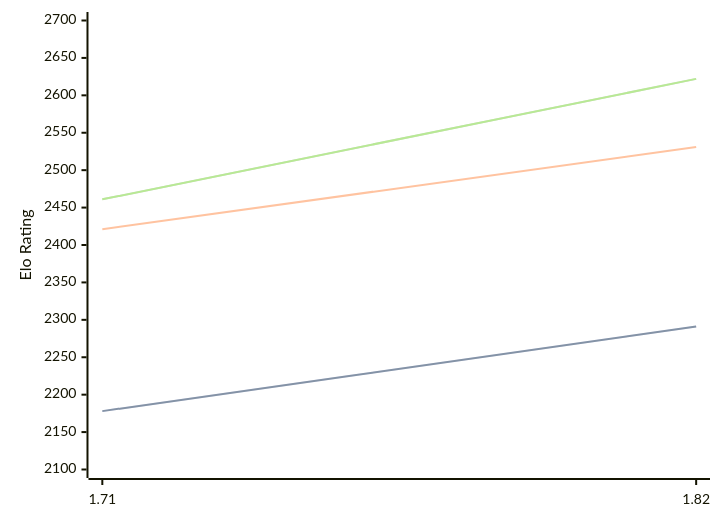
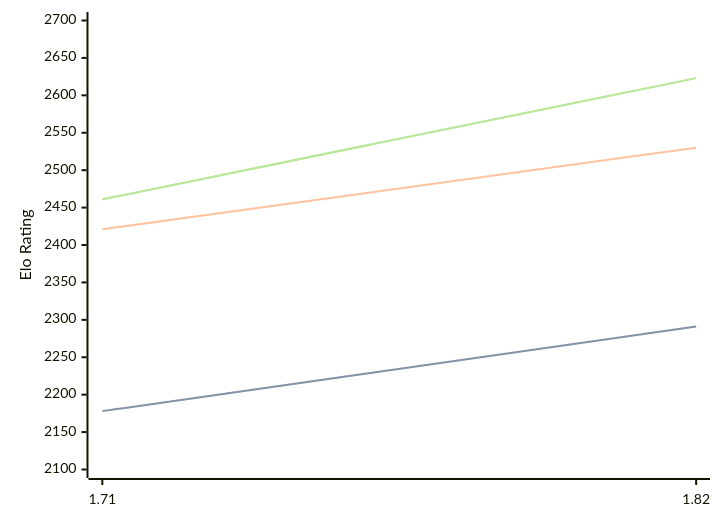
The first of 3 diagrams in engines/Amira.md (computer-chess-index/cci), drawn with Mermaid before and after one commit. The commit also changed other lines of this file, not shown here.

Commit message:
Update CCI Ratings (ELO VLTC) - 2026-07-07

````diff
--- a/engines/Amira.md
+++ b/engines/Amira.md
@@ -35,11 +35,11 @@
 ```mermaid
 %%{init: {"theme":"base","themeVariables":{"seriesColors:['#a3a3a3','#222221','#faa371']}}}%%
 xychart-beta
   x-axis ["1.71", "1.82"]
   y-axis "Elo Rating" 2100 --> 2700
   line "STC (8.0+0.08s)" [2178, 2291]
   line "STC (8.0+0.08s)" [2178, 2291]
-  line "LTC (60.0+0.60s)" [2421, 2531]
-  line "VLTC (2m24s+1.12s)" [2461, 2622]
-  line "VLTC (2m24s+1.12s)" [2461, 2622]
+  line "LTC (60.0+0.60s)" [2421, 2530]
+  line "VLTC (2m24s+1.12s)" [2461, 2623]
+  line "VLTC (2m24s+1.12s)" [2461, 2623]
 ```
````
